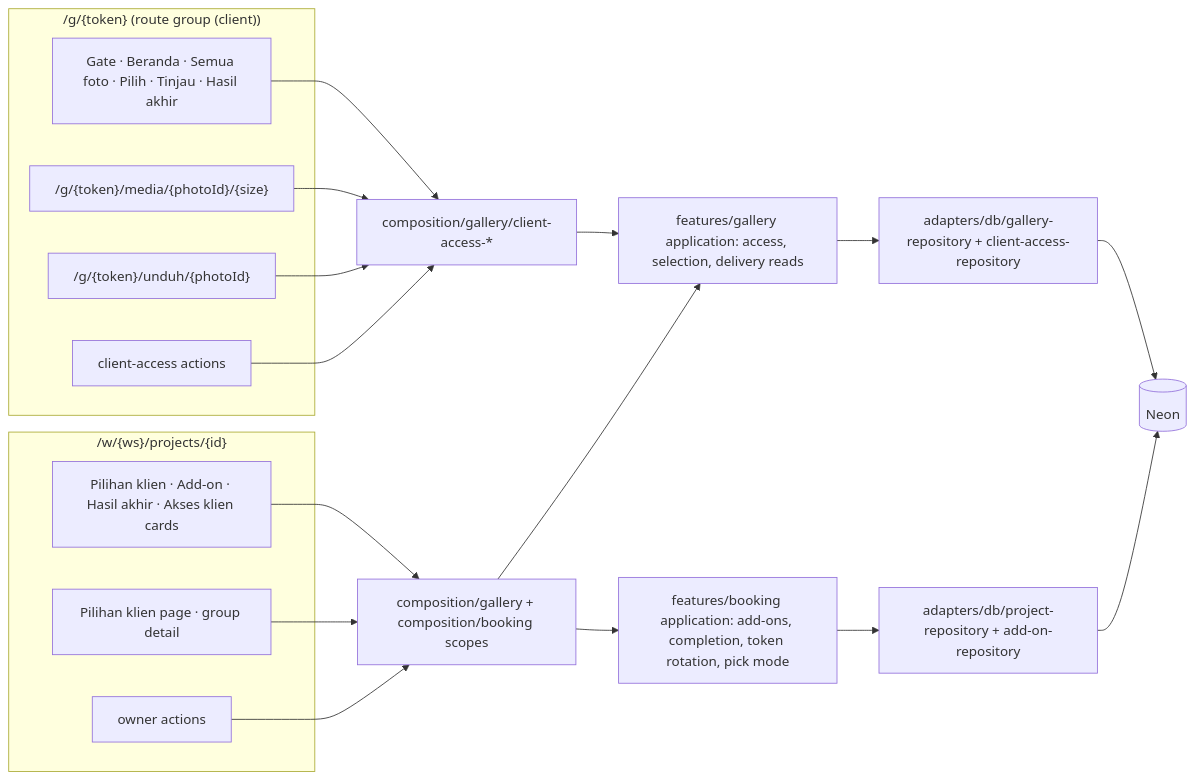
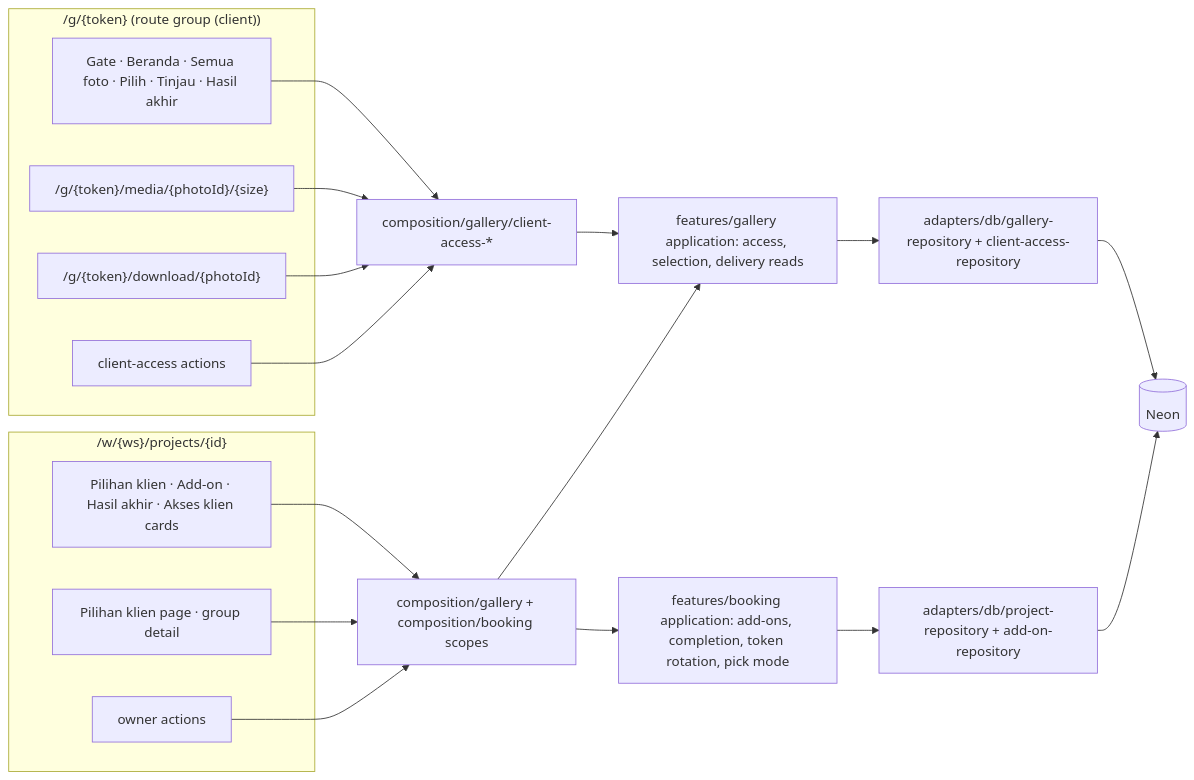
One commit to hardi-dev/shutrly-v0 changed the diagram in docs/features/client-access/technical-design.md. Above: the diagram before and after it, drawn with Mermaid. The commit also changed other lines of this file and 3 other files, not shown here.

````diff
--- a/docs/features/client-access/technical-design.md
+++ b/docs/features/client-access/technical-design.md
@@ -27,22 +27,22 @@
 ```mermaid
 flowchart LR
     subgraph Public["/g/{token} (route group (client))"]
       Pages[Gate · Beranda · Semua foto · Pilih · Tinjau · Hasil akhir]
       Media["/g/{token}/media/{photoId}/{size}"]
-      Files["/g/{token}/unduh/{photoId}"]
+      Files["/g/{token}/download/{photoId}"]
       ClientActions[client-access actions]
     end
     subgraph Owner["/w/{ws}/projects/{id}"]
       Cards[Pilihan klien · Add-on · Hasil akhir · Akses klien cards]
       OwnerPages[Pilihan klien page · group detail]
       OwnerActions[owner actions]
     end
     Pages & Media & Files & ClientActions --> CA[composition/gallery/client-access-*]
     Cards & OwnerPages & OwnerActions --> CO[composition/gallery + composition/booking scopes]
     CA --> G[features/gallery application: access, selection, delivery reads]
     CO --> G
     CO --> B[features/booking application: add-ons, completion, token rotation, pick mode]
     G --> GA[adapters/db/gallery-repository + client-access-repository]
     B --> BA[adapters/db/project-repository + add-on-repository]
     GA & BA --> DB[(Neon)]
 ```
````
